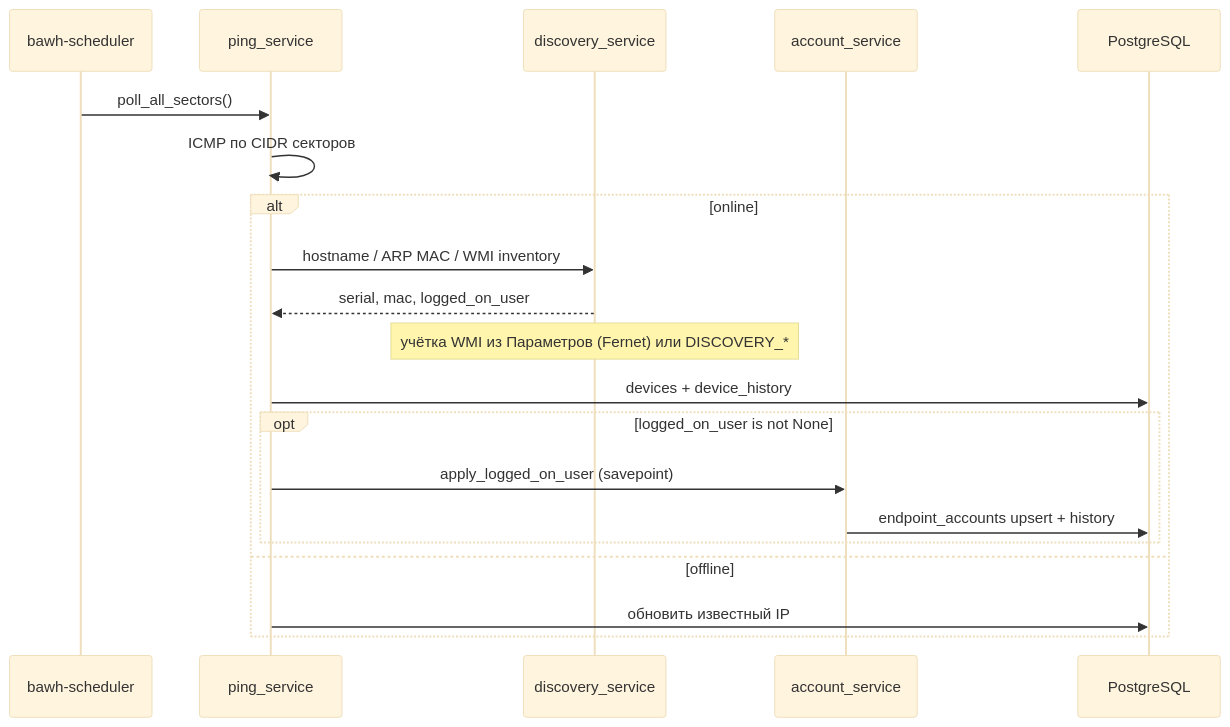
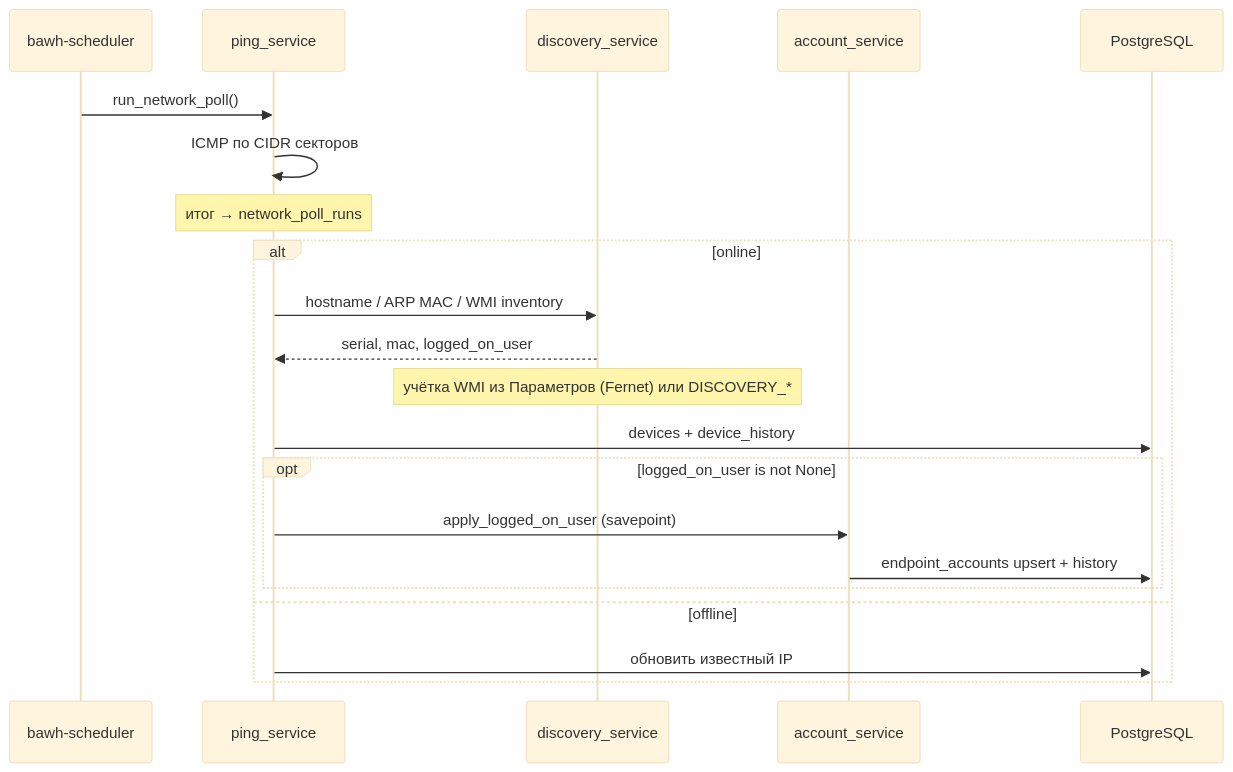
The second of 2 diagrams in docs/ARCHITECTURE.md (blazerity/admin-webhelper), drawn with Mermaid (base theme) before and after one commit. The commit also changed other lines of this file and 9 other files, not shown here.

````diff
--- a/docs/ARCHITECTURE.md
+++ b/docs/ARCHITECTURE.md
@@ -65,23 +65,24 @@
 ```mermaid
 sequenceDiagram
   participant Sch as bawh-scheduler
   participant Ping as ping_service
   participant Disc as discovery_service
   participant Acc as account_service
   participant DB as PostgreSQL
 
-  Sch->>Ping: poll_all_sectors()
+  Sch->>Ping: run_network_poll()
   Ping->>Ping: ICMP по CIDR секторов
+  Note over Ping: итог → network_poll_runs
   alt online
       Ping->>Disc: hostname / ARP MAC / WMI inventory
     Disc-->>Ping: serial, mac, logged_on_user
     Note over Disc: учётка WMI из Параметров (Fernet) или DISCOVERY_*
     Ping->>DB: devices + device_history
     opt logged_on_user is not None
       Ping->>Acc: apply_logged_on_user (savepoint)
       Acc->>DB: endpoint_accounts upsert + history
     end
   else offline
     Ping->>DB: обновить известный IP
   end
 ```
````
